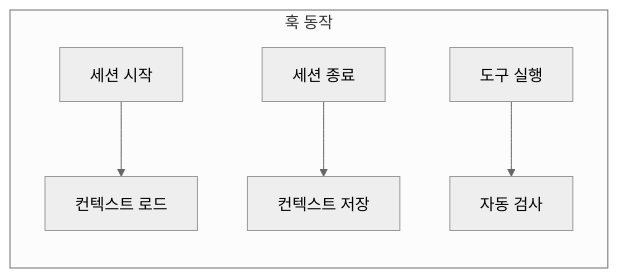
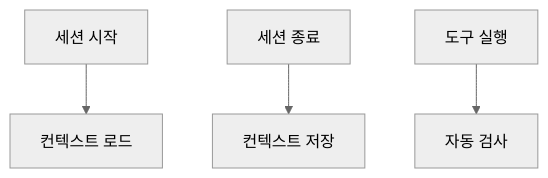
Before and after one commit to K-Diger/k-diger.github.io: the second of 3 diagrams in _posts/2026-01-27-everything-claude-code.md, drawn with Mermaid (neutral theme). The commit also changed other lines of this file and 13 other files, not shown here.

````diff
--- a/_posts/2026-01-27-everything-claude-code.md
+++ b/_posts/2026-01-27-everything-claude-code.md
@@ -90,8 +90,13 @@
 ```mermaid
-flowchart LR
-    subgraph Hooks["훅 동작"]
-        SessionStart["세션 시작"] --> LoadContext["컨텍스트 로드"]
-        SessionEnd["세션 종료"] --> SaveContext["컨텍스트 저장"]
-        ToolRun["도구 실행"] --> AutoCheck["자동 검사"]
-    end
+flowchart TB
+    SessionStart["세션 시작"]
+    LoadContext["컨텍스트 로드"]
+    SessionEnd["세션 종료"]
+    SaveContext["컨텍스트 저장"]
+    ToolRun["도구 실행"]
+    AutoCheck["자동 검사"]
+
+    SessionStart --> LoadContext
+    SessionEnd --> SaveContext
+    ToolRun --> AutoCheck
 ```
````
